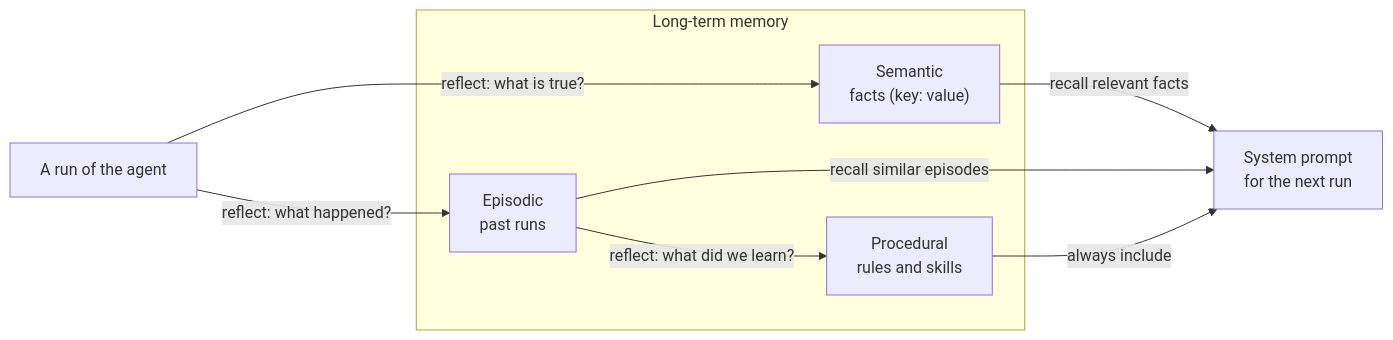
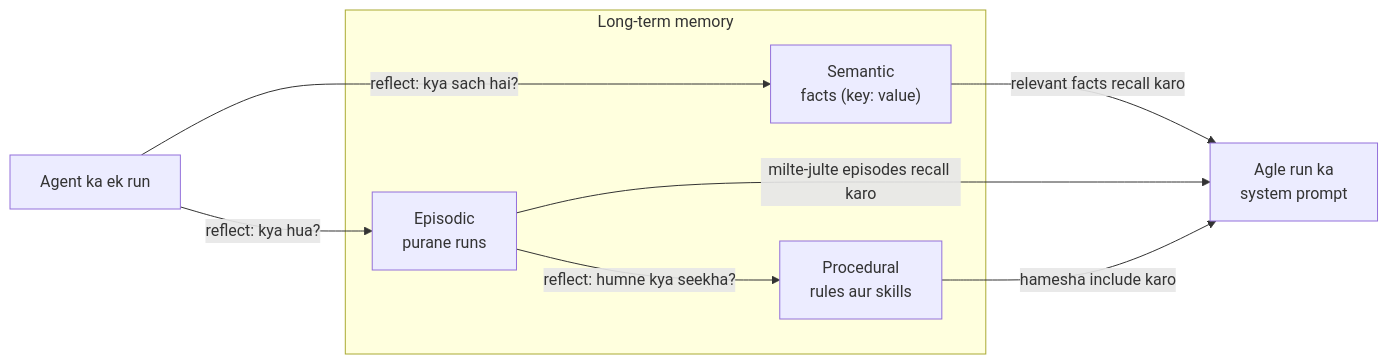
Before and after one commit to asmustechno/agentic-ai-notes: the diagram in docs/05-memory/05.4-episodic-semantic-and-procedural-memory.md, drawn with Mermaid. The commit also changed other lines of this file and 135 other files, not shown here.

````diff
--- a/docs/05-memory/05.4-episodic-semantic-and-procedural-memory.md
+++ b/docs/05-memory/05.4-episodic-semantic-and-procedural-memory.md
@@ -46,14 +46,14 @@
 ```mermaid
 flowchart LR
     subgraph LTM["Long-term memory"]
         SEM["Semantic<br/>facts (key: value)"]
-        EPI["Episodic<br/>past runs"]
-        PRO["Procedural<br/>rules and skills"]
+        EPI["Episodic<br/>purane runs"]
+        PRO["Procedural<br/>rules aur skills"]
     end
-    RUN["A run of the agent"] -->|"reflect: what happened?"| EPI
-    RUN -->|"reflect: what is true?"| SEM
-    EPI -->|"reflect: what did we learn?"| PRO
-    SEM -->|"recall relevant facts"| CTX["System prompt<br/>for the next run"]
-    EPI -->|"recall similar episodes"| CTX
-    PRO -->|"always include"| CTX
+    RUN["Agent ka ek run"] -->|"reflect: kya hua?"| EPI
+    RUN -->|"reflect: kya sach hai?"| SEM
+    EPI -->|"reflect: humne kya seekha?"| PRO
+    SEM -->|"relevant facts recall karo"| CTX["Agle run ka<br/>system prompt"]
+    EPI -->|"milte-julte episodes recall karo"| CTX
+    PRO -->|"hamesha include karo"| CTX
 ```
````
